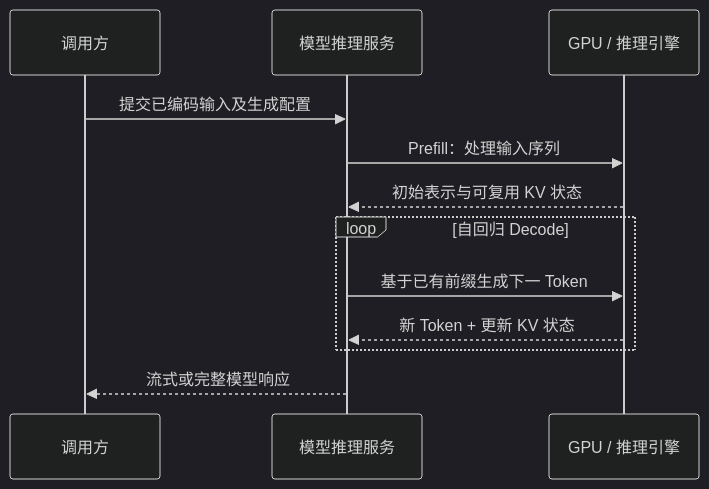
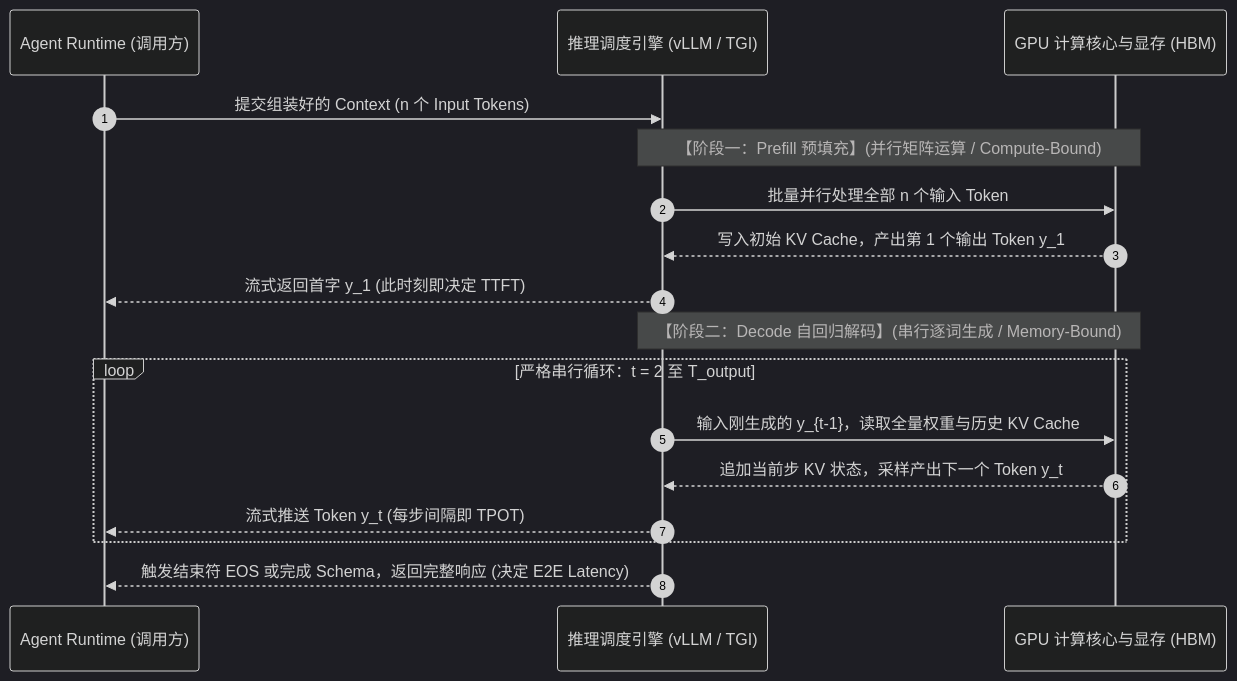
One commit to ideal-20/ai-agent-system-design changed the third of 4 diagrams in docs/02-understanding-llm.md. Above: the diagram before and after it, drawn with Mermaid (dark theme). The commit also changed other lines of this file, not shown here.

````diff
--- a/docs/02-understanding-llm.md
+++ b/docs/02-understanding-llm.md
@@ -523,14 +545,21 @@
 ```mermaid
 sequenceDiagram
-    participant C as 调用方
-    participant S as 模型推理服务
-    participant G as GPU / 推理引擎
-    C->>S: 提交已编码输入及生成配置
-    S->>G: Prefill：处理输入序列
-    G-->>S: 初始表示与可复用 KV 状态
-    loop 自回归 Decode
-        S->>G: 基于已有前缀生成下一 Token
-        G-->>S: 新 Token + 更新 KV 状态
+    autonumber
+    participant C as Agent Runtime (调用方)
+    participant S as 推理调度引擎 (vLLM / TGI)
+    participant G as GPU 计算核心与显存 (HBM)
+    
+    C->>S: 提交组装好的 Context (n 个 Input Tokens)
+    Note over S,G: 【阶段一：Prefill 预填充】(并行矩阵运算 / Compute-Bound)
+    S->>G: 批量并行处理全部 n 个输入 Token
+    G-->>S: 写入初始 KV Cache，产出第 1 个输出 Token y_1
+    S-->>C: 流式返回首字 y_1 (此时刻即决定 TTFT)
+    
+    Note over S,G: 【阶段二：Decode 自回归解码】(串行逐词生成 / Memory-Bound)
+    loop 严格串行循环：t = 2 至 T_output
+        S->>G: 输入刚生成的 y_{t-1}，读取全量权重与历史 KV Cache
+        G-->>S: 追加当前步 KV 状态，采样产出下一个 Token y_t
+        S-->>C: 流式推送 Token y_t (每步间隔即 TPOT)
     end
-    S-->>C: 流式或完整模型响应
+    S-->>C: 触发结束符 EOS 或完成 Schema，返回完整响应 (决定 E2E Latency)
 ```
````
